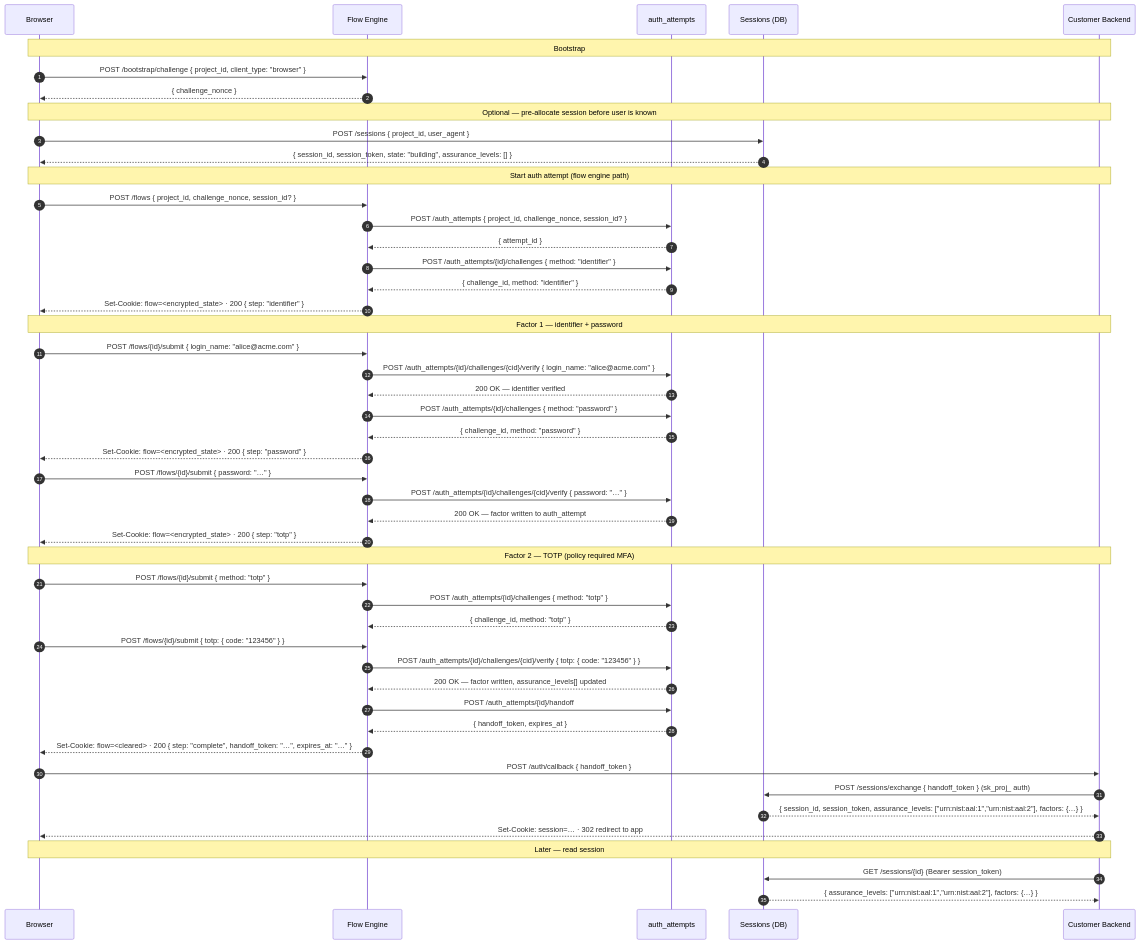
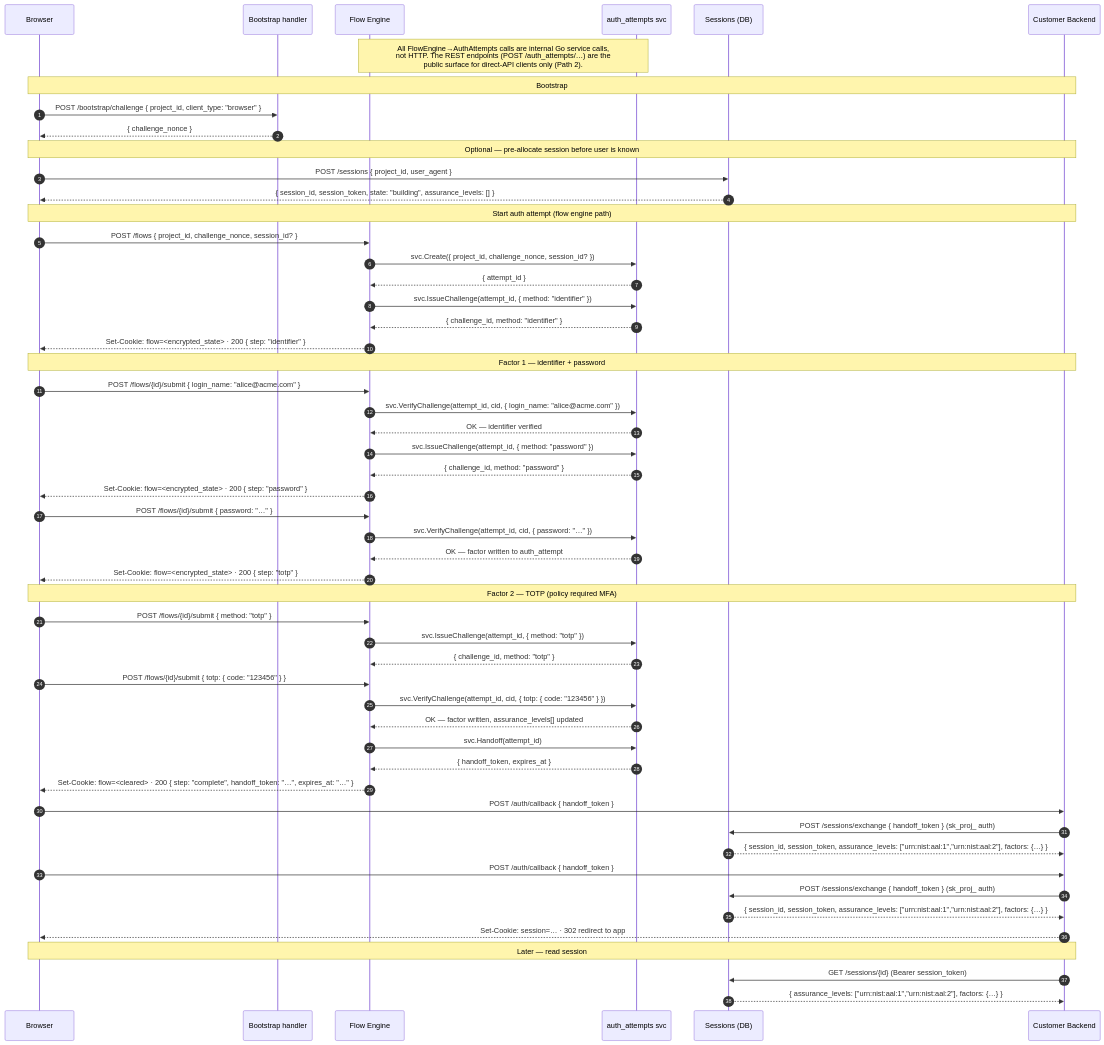
Before and after one commit to zitadel/nextgen: the first of 4 diagrams in docs/design/api/authn-and-auth-flows.md, drawn with Mermaid. The commit also changed other lines of this file and 2 other files, not shown here.

Commit message:
make flow to auth attempt communication internal

````diff
--- a/docs/design/api/authn-and-auth-flows.md
+++ b/docs/design/api/authn-and-auth-flows.md
@@ -159,64 +159,72 @@
 ```mermaid
 sequenceDiagram
     autonumber
     participant Browser
+    participant Bootstrap as Bootstrap handler
     participant FlowEngine as Flow Engine
-    participant AuthAttempts as auth_attempts
+    participant AuthAttempts as auth_attempts svc
     participant SessionDB as Sessions (DB)
     participant CustomerBackend as Customer Backend
 
+    Note over FlowEngine,AuthAttempts: All FlowEngine→AuthAttempts calls are internal Go service calls,<br/>not HTTP. The REST endpoints (POST /auth_attempts/…) are the<br/>public surface for direct-API clients only (Path 2).
+
     Note over Browser,CustomerBackend: Bootstrap
 
-    Browser->>FlowEngine: POST /bootstrap/challenge { project_id, client_type: "browser" }
-    FlowEngine-->>Browser: { challenge_nonce }
+    Browser->>Bootstrap: POST /bootstrap/challenge { project_id, client_type: "browser" }
+    Bootstrap-->>Browser: { challenge_nonce }
 
     Note over Browser,CustomerBackend: Optional — pre-allocate session before user is known
 
     Browser->>SessionDB: POST /sessions { project_id, user_agent }
     SessionDB-->>Browser: { session_id, session_token, state: "building", assurance_levels: [] }
 
     Note over Browser,CustomerBackend: Start auth attempt (flow engine path)
 
     Browser->>FlowEngine: POST /flows { project_id, challenge_nonce, session_id? }
-    FlowEngine->>AuthAttempts: POST /auth_attempts { project_id, challenge_nonce, session_id? }
+    FlowEngine->>AuthAttempts: svc.Create({ project_id, challenge_nonce, session_id? })
     AuthAttempts-->>FlowEngine: { attempt_id }
-    FlowEngine->>AuthAttempts: POST /auth_attempts/{id}/challenges { method: "identifier" }
+    FlowEngine->>AuthAttempts: svc.IssueChallenge(attempt_id, { method: "identifier" })
     AuthAttempts-->>FlowEngine: { challenge_id, method: "identifier" }
     FlowEngine-->>Browser: Set-Cookie: flow=<encrypted_state> · 200 { step: "identifier" }
 
     Note over Browser,CustomerBackend: Factor 1 — identifier + password
 
     Browser->>FlowEngine: POST /flows/{id}/submit { login_name: "alice@acme.com" }
-    FlowEngine->>AuthAttempts: POST /auth_attempts/{id}/challenges/{cid}/verify { login_name: "alice@acme.com" }
-    AuthAttempts-->>FlowEngine: 200 OK — identifier verified
-    FlowEngine->>AuthAttempts: POST /auth_attempts/{id}/challenges { method: "password" }
+    FlowEngine->>AuthAttempts: svc.VerifyChallenge(attempt_id, cid, { login_name: "alice@acme.com" })
+    AuthAttempts-->>FlowEngine: OK — identifier verified
+    FlowEngine->>AuthAttempts: svc.IssueChallenge(attempt_id, { method: "password" })
     AuthAttempts-->>FlowEngine: { challenge_id, method: "password" }
     FlowEngine-->>Browser: Set-Cookie: flow=<encrypted_state> · 200 { step: "password" }
 
     Browser->>FlowEngine: POST /flows/{id}/submit { password: "…" }
-    FlowEngine->>AuthAttempts: POST /auth_attempts/{id}/challenges/{cid}/verify { password: "…" }
-    AuthAttempts-->>FlowEngine: 200 OK — factor written to auth_attempt
+    FlowEngine->>AuthAttempts: svc.VerifyChallenge(attempt_id, cid, { password: "…" })
+    AuthAttempts-->>FlowEngine: OK — factor written to auth_attempt
     FlowEngine-->>Browser: Set-Cookie: flow=<encrypted_state> · 200 { step: "totp" }
 
     Note over Browser,CustomerBackend: Factor 2 — TOTP (policy required MFA)
 
     Browser->>FlowEngine: POST /flows/{id}/submit { method: "totp" }
-    FlowEngine->>AuthAttempts: POST /auth_attempts/{id}/challenges { method: "totp" }
+    FlowEngine->>AuthAttempts: svc.IssueChallenge(attempt_id, { method: "totp" })
     AuthAttempts-->>FlowEngine: { challenge_id, method: "totp" }
     Browser->>FlowEngine: POST /flows/{id}/submit { totp: { code: "123456" } }
-    FlowEngine->>AuthAttempts: POST /auth_attempts/{id}/challenges/{cid}/verify { totp: { code: "123456" } }
-    AuthAttempts-->>FlowEngine: 200 OK — factor written, assurance_levels[] updated
-    FlowEngine->>AuthAttempts: POST /auth_attempts/{id}/handoff
+    FlowEngine->>AuthAttempts: svc.VerifyChallenge(attempt_id, cid, { totp: { code: "123456" } })
+    AuthAttempts-->>FlowEngine: OK — factor written, assurance_levels[] updated
+    FlowEngine->>AuthAttempts: svc.Handoff(attempt_id)
     AuthAttempts-->>FlowEngine: { handoff_token, expires_at }
     FlowEngine-->>Browser: Set-Cookie: flow=<cleared> · 200 { step: "complete", handoff_token: "…", expires_at: "…" }
+
+    Browser->>CustomerBackend: POST /auth/callback { handoff_token }
+    CustomerBackend->>SessionDB: POST /sessions/exchange { handoff_token } (sk_proj_ auth)
+    SessionDB-->>CustomerBackend: { session_id, session_token, assurance_levels: ["urn:nist:aal:1","urn:nist:aal:2"], factors: {…} }
+
 
     Browser->>CustomerBackend: POST /auth/callback { handoff_token }
     CustomerBackend->>SessionDB: POST /sessions/exchange { handoff_token } (sk_proj_ auth)
     SessionDB-->>CustomerBackend: { session_id, session_token, assurance_levels: ["urn:nist:aal:1","urn:nist:aal:2"], factors: {…} }
     CustomerBackend-->>Browser: Set-Cookie: session=… · 302 redirect to app
 
     Note over Browser,CustomerBackend: Later — read session
 
     CustomerBackend->>SessionDB: GET /sessions/{id} (Bearer session_token)
     SessionDB-->>CustomerBackend: { assurance_levels: ["urn:nist:aal:1","urn:nist:aal:2"], factors: {…} }
 ```
````
